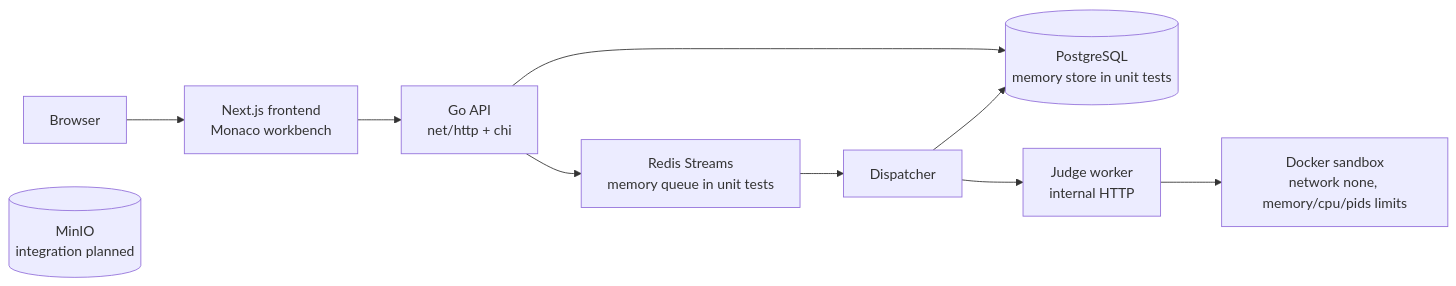
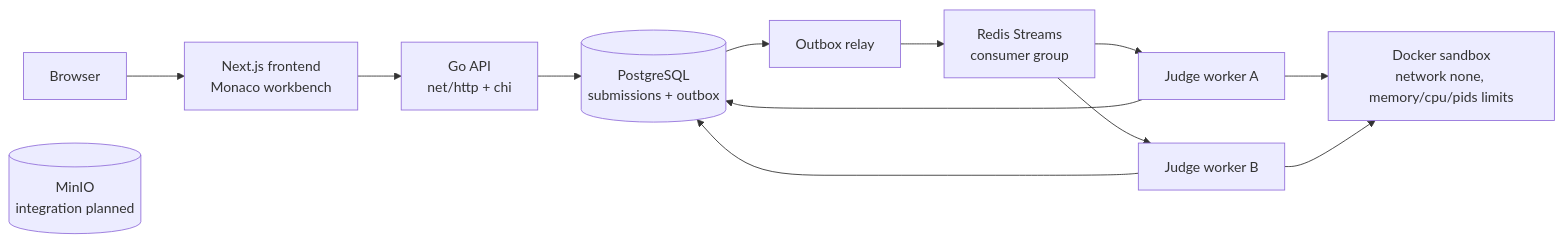
The diagram in README.md (kaii9/codingJudge), drawn with Mermaid before and after one commit. The commit also changed other lines of this file and 3 other files, not shown here.

````diff
--- a/README.md
+++ b/README.md
@@ -28,12 +28,15 @@
 ```mermaid
 flowchart LR
     Browser[Browser] --> Frontend[Next.js frontend<br/>Monaco workbench]
     Frontend --> API[Go API<br/>net/http + chi]
-    API --> Store[(PostgreSQL<br/>memory store in unit tests)]
-    API --> Queue[Redis Streams<br/>memory queue in unit tests]
-    Queue --> Dispatcher[Dispatcher]
-    Dispatcher --> Worker[Judge worker<br/>internal HTTP]
-    Worker --> Docker[Docker sandbox<br/>network none, memory/cpu/pids limits]
-    Dispatcher --> Store
+    API --> Store[(PostgreSQL<br/>submissions + outbox)]
+    Store --> Relay[Outbox relay]
+    Relay --> Queue[Redis Streams<br/>consumer group]
+    Queue --> WorkerA[Judge worker A]
+    Queue --> WorkerB[Judge worker B]
+    WorkerA --> Store
+    WorkerB --> Store
+    WorkerA --> Docker[Docker sandbox<br/>network none, memory/cpu/pids limits]
+    WorkerB --> Docker
     MinIO[(MinIO<br/>integration planned)]
 ```
````
